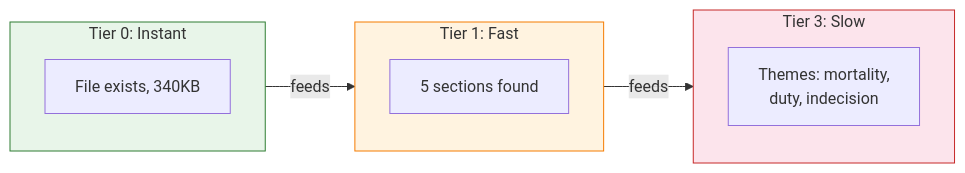
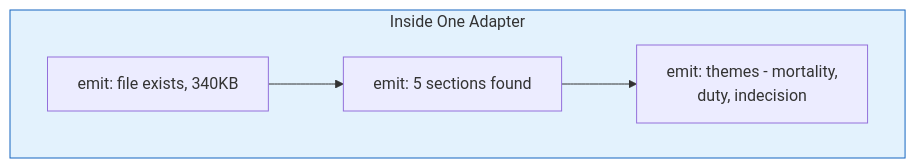
The fourth of 8 diagrams in docs/semantic-adapters-overview.md (nrgforge/plexus), drawn with Mermaid before and after one commit. The commit also changed other lines of this file and 2 other files, not shown here.

First line of the commit message:
docs: revise adapter design — coarse-grained, sink-based, scheduled

````diff
--- a/docs/semantic-adapters-overview.md
+++ b/docs/semantic-adapters-overview.md
@@ -88,19 +90,10 @@
 ```mermaid
 flowchart LR
-    subgraph t0 ["Tier 0: Instant"]
-        A0["File exists, 340KB"]
-    end
-    subgraph t1 ["Tier 1: Fast"]
-        A1["5 sections found"]
-    end
-    subgraph t3 ["Tier 3: Slow"]
-        A3["Themes: mortality,
+    subgraph phases ["Inside One Adapter"]
+        direction LR
+        A0["emit: file exists, 340KB"] --> A1["emit: 5 sections found"] --> A3["emit: themes - mortality,
         duty, indecision"]
     end
 
-    t0 -->|feeds| t1 -->|feeds| t3
-
-    style t0 fill:#e8f5e9,stroke:#2e7d32
-    style t1 fill:#fff3e0,stroke:#f57c00
-    style t3 fill:#fce4ec,stroke:#c62828
+    style phases fill:#e3f2fd,stroke:#1565c0
 ```
````
